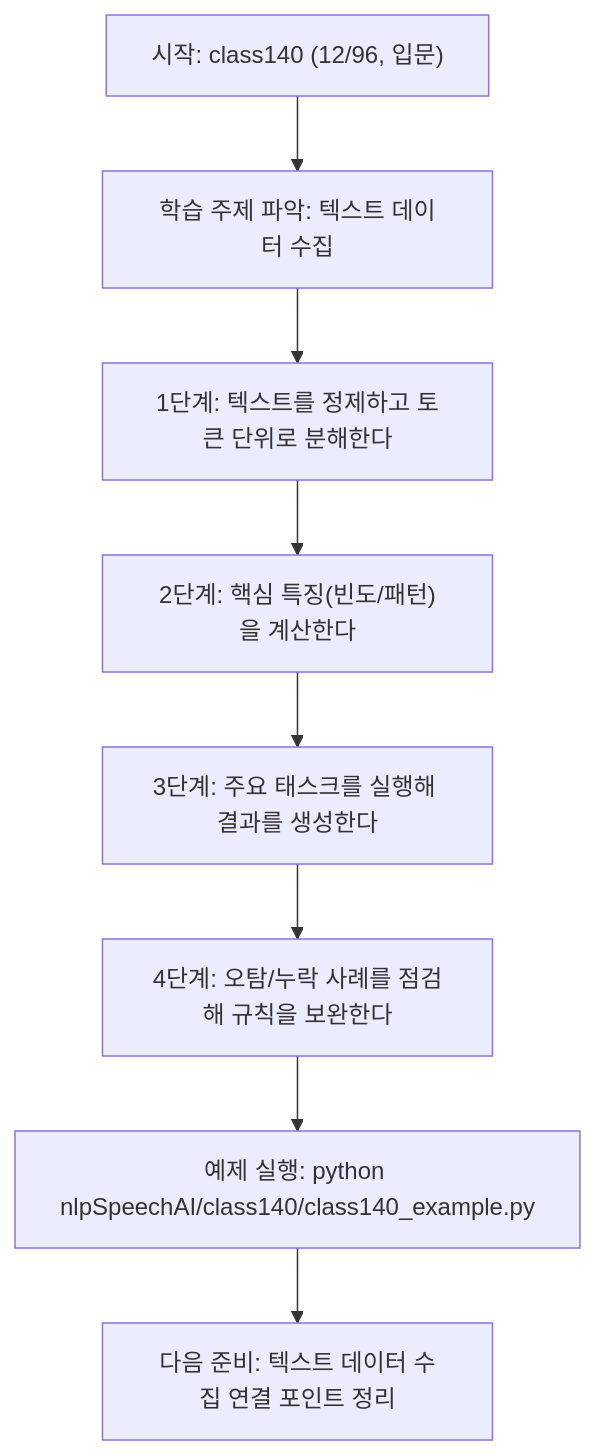
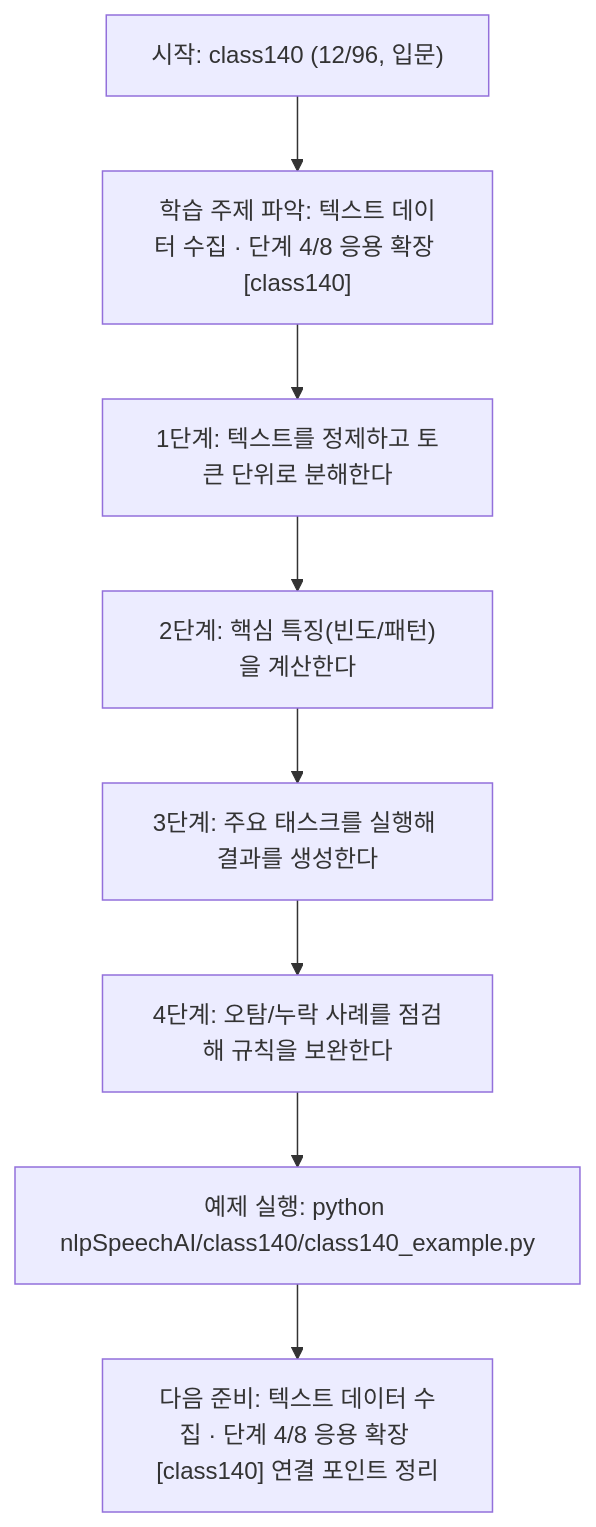
One commit to edumgt/Python-AI_Agent-Class changed the diagram in nlpSpeechAI/class140/class140.md. Above: the diagram before and after it, drawn with Mermaid. The commit also changed other lines of this file and 522 other files, not shown here.

````diff
--- a/nlpSpeechAI/class140/class140.md
+++ b/nlpSpeechAI/class140/class140.md
@@ -113,18 +114,18 @@
 ```mermaid
 flowchart TD
 N1["시작: class140 (12/96, 입문)"]
-N2["학습 주제 파악: 텍스트 데이터 수집"]
+N2["학습 주제 파악: 텍스트 데이터 수집 · 단계 4/8 응용 확장 [class140]"]
 N3["1단계: 텍스트를 정제하고 토큰 단위로 분해한다"]
 N4["2단계: 핵심 특징(빈도/패턴)을 계산한다"]
 N5["3단계: 주요 태스크를 실행해 결과를 생성한다"]
 N6["4단계: 오탐/누락 사례를 점검해 규칙을 보완한다"]
 N7["예제 실행: python nlpSpeechAI/class140/class140_example.py"]
-N8["다음 준비: 텍스트 데이터 수집 연결 포인트 정리"]
+N8["다음 준비: 텍스트 데이터 수집 · 단계 4/8 응용 확장 [class140] 연결 포인트 정리"]
 N1 --> N2
 N2 --> N3
 N3 --> N4
 N4 --> N5
 N5 --> N6
 N6 --> N7
 N7 --> N8
 ```
````
